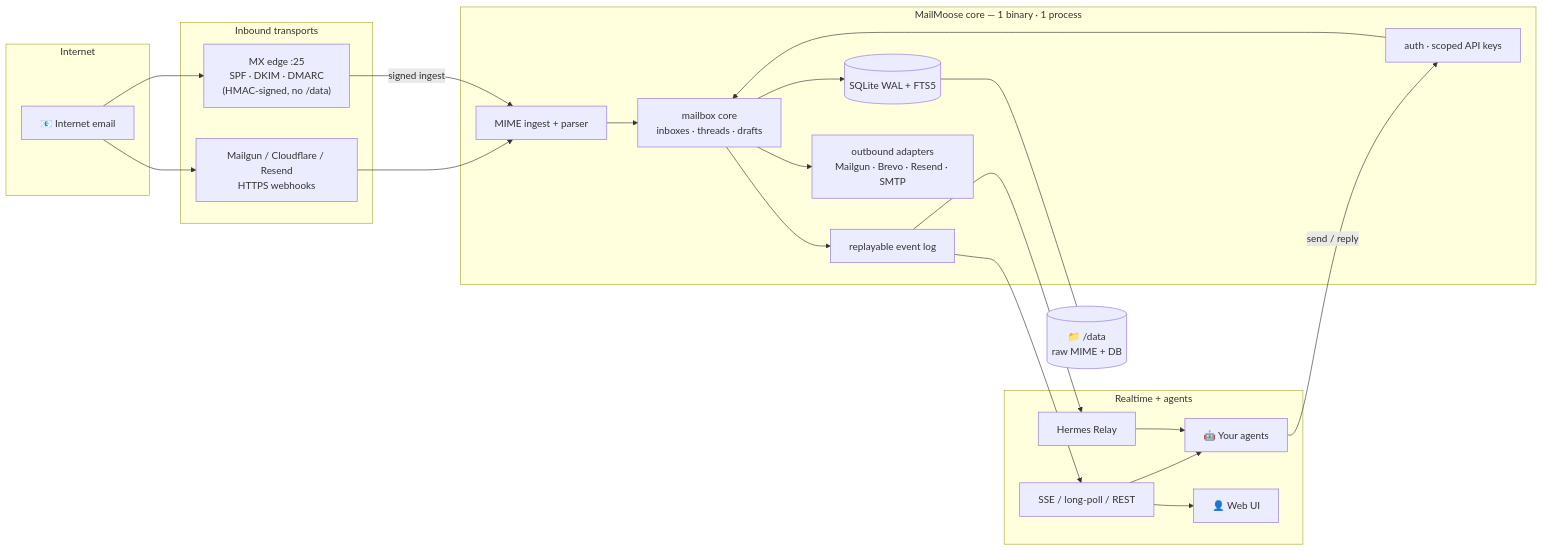
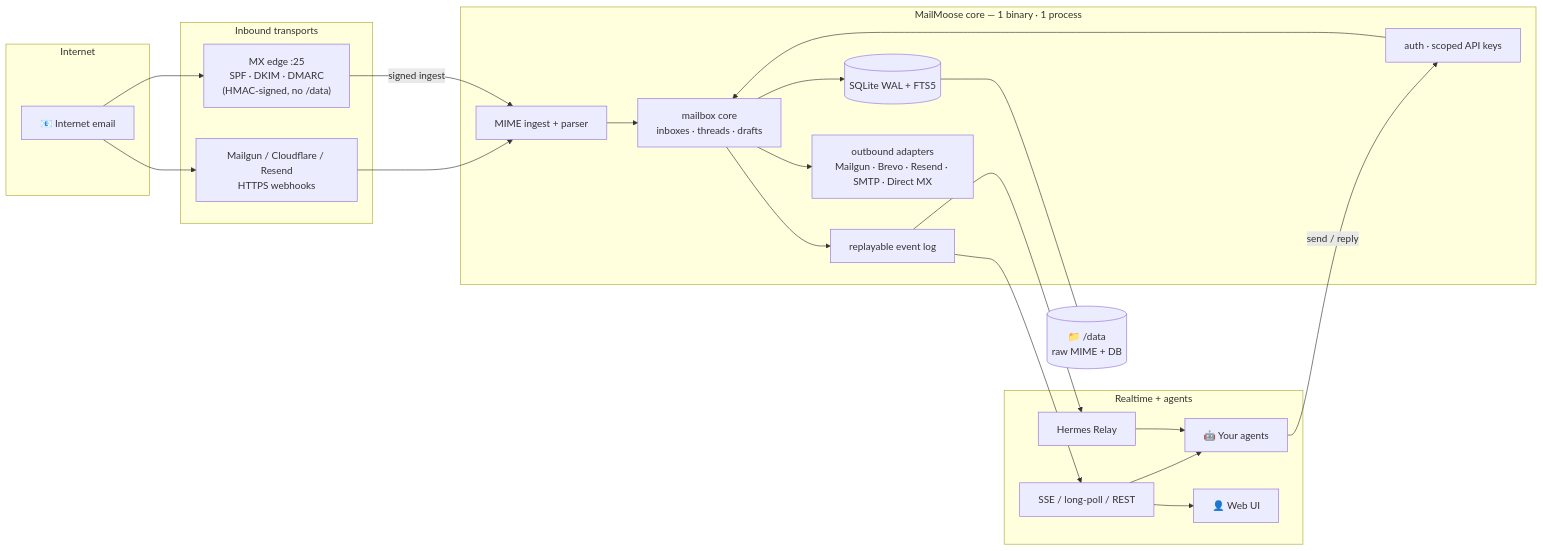
The diagram in README.md (berenebot-agent/mm-dirty-wip), drawn with Mermaid before and after one commit. The commit also changed other lines of this file and 14 other files, not shown here.

Commit message:
feat: add direct MX outbound delivery

````diff
--- a/README.md
+++ b/README.md
@@ -95,46 +95,46 @@
 ```mermaid
 flowchart LR
     subgraph Internet
         SE["📧 Internet email"]
     end
 
     subgraph Inbound["Inbound transports"]
         WG["Mailgun / Cloudflare / Resend\nHTTPS webhooks"]
         MX["MX edge :25\nSPF · DKIM · DMARC\n(HMAC-signed, no /data)"]
     end
 
     subgraph Core["MailMoose core — 1 binary · 1 process"]
         ING["MIME ingest + parser"]
         AUTH["auth · scoped API keys"]
         CORE["mailbox core\ninboxes · threads · drafts"]
         DB[("SQLite WAL + FTS5")]
         EV["replayable event log"]
-        OUT["outbound adapters\nMailgun · Brevo · Resend · SMTP"]
+        OUT["outbound adapters\nMailgun · Brevo · Resend · SMTP · Direct MX"]
     end
 
     subgraph Consumers["Realtime + agents"]
         SSE["SSE / long-poll / REST"]
         RELAY["Hermes Relay"]
         AG["🤖 Your agents"]
         UI["👤 Web UI"]
     end
 
     FS[("📁 /data\nraw MIME + DB")]
 
     SE --> WG
     SE --> MX
     WG --> ING
     MX -- "signed ingest" --> ING
     ING --> CORE
     AUTH --> CORE
     CORE --> DB
     CORE --> EV
     EV --> SSE
     EV --> RELAY
     SSE --> AG
     RELAY --> AG
     SSE --> UI
     AG -- "send / reply" --> AUTH
     CORE --> OUT
     DB --- FS
 ```
````
